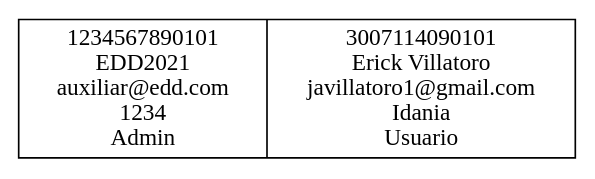
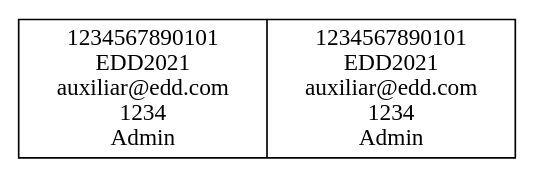
One commit to Villa01/EDD_VirtualMall_201900907 changed the diagram in Backend/Archvos de prueba/Fase 3/prueba.dot. Above: the diagram before and after it, drawn with Graphviz. The commit also changed 27 other files, not shown here.

```diff
--- a/Backend/Archvos de prueba/Fase 3/prueba.dot
+++ b/Backend/Archvos de prueba/Fase 3/prueba.dot
@@ -1,5 +1,5 @@
 digraph grafo {
         node[shape="record"]
-nodo1234567890101[label = "1234567890101\nEDD2021\n auxiliar@edd.com\n1234\nAdmin|3007114090101\nErick Villatoro\njavillatoro1@gmail.com\nIdania\nUsuario"];
+nodo1234567890101[label = "1234567890101\nEDD2021\n auxiliar@edd.com\n1234\nAdmin|1234567890101\nEDD2021\n auxiliar@edd.com\n1234\nAdmin"];
 
 }
```
